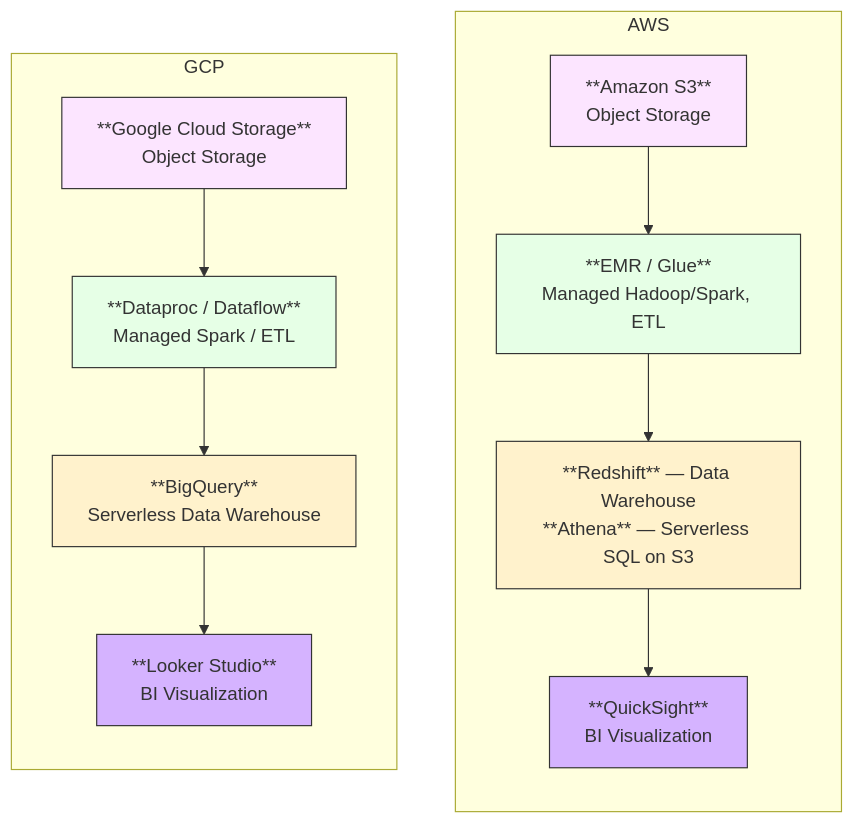
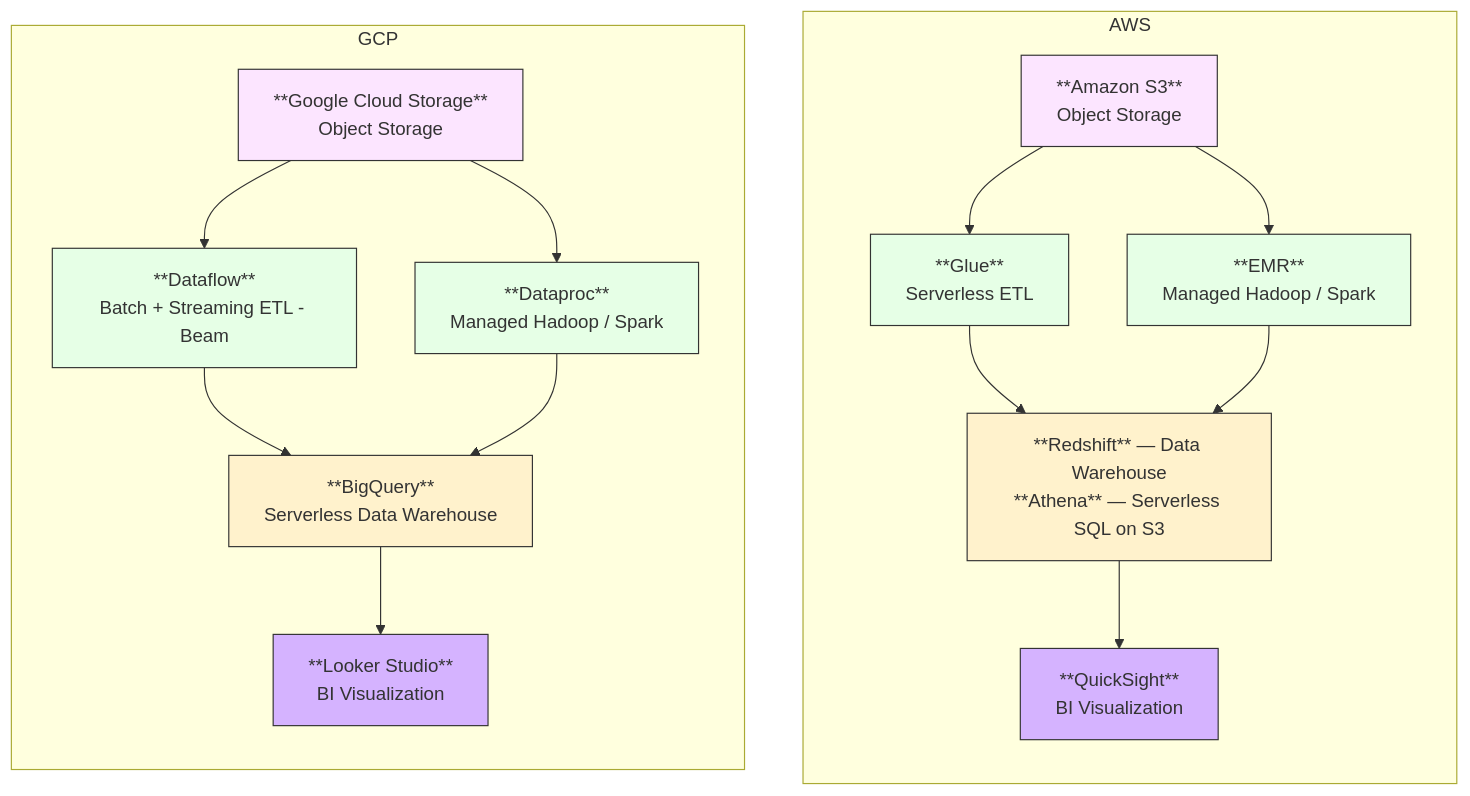
One commit to blaire101/DE2-AWS-Azure-GCP-2025 changed the first of 14 diagrams in README.md. Above: the diagram before and after it, drawn with Mermaid.

````diff
--- a/README.md
+++ b/README.md
@@ -1,35 +1,39 @@
 ```mermaid
 flowchart TB
     %% === AWS Side ===
     subgraph AWS[AWS]
         direction TB
+        QS[**QuickSight**<br/>BI Visualization]
+        RS[**Redshift** — Data Warehouse<br/>**Athena** — Serverless SQL on S3]
+        Glue[**Glue**<br/>Serverless ETL]
+        EMR[**EMR**<br/>Managed Hadoop / Spark]
         S3[**Amazon S3**<br/>Object Storage]
-        EMR[**EMR / Glue**<br/>Managed Hadoop/Spark, ETL]
-        RS[**Redshift** — Data Warehouse<br/>**Athena** — Serverless SQL on S3]
-        QS[**QuickSight**<br/>BI Visualization]
     end
 
     %% === GCP Side ===
     subgraph GCP[GCP]
         direction TB
+        Looker[**Looker Studio**<br/>BI Visualization]
+        BQ[**BigQuery**<br/>Serverless Data Warehouse]
+        Dataflow[**Dataflow**<br/>Batch + Streaming ETL - Beam]
+        Dataproc[**Dataproc**<br/>Managed Hadoop / Spark]
         GCS[**Google Cloud Storage**<br/>Object Storage]
-        DP[**Dataproc / Dataflow**<br/>Managed Spark / ETL]
-        BQ[**BigQuery**<br/>Serverless Data Warehouse]
-        Looker[**Looker Studio**<br/>BI Visualization]
     end
 
     %% === Flow Arrows ===
-    S3 --> EMR --> RS --> QS
-    GCS --> DP --> BQ --> Looker
+    S3 --> Glue --> RS --> QS
+    S3 --> EMR --> RS
+    GCS --> Dataflow --> BQ --> Looker
+    GCS --> Dataproc --> BQ
 
     %% === Styles ===
     classDef storage fill:#fce5ff,stroke:#333,stroke-width:1px;
     classDef process fill:#e6ffe6,stroke:#333,stroke-width:1px;
     classDef warehouse fill:#fff2cc,stroke:#333,stroke-width:1px;
     classDef bi fill:#d5b3ff,stroke:#333,stroke-width:1px;
 
     class S3,GCS storage;
-    class EMR,DP process;
+    class EMR,Dataproc,Glue,Dataflow process;
     class RS,BQ warehouse;
     class QS,Looker bi;
 ```
````
